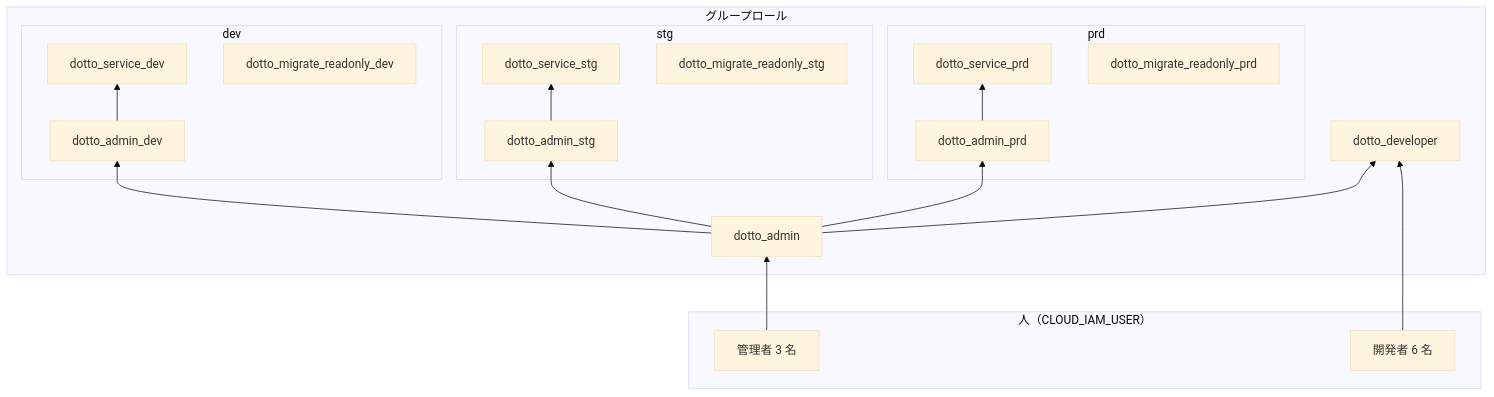
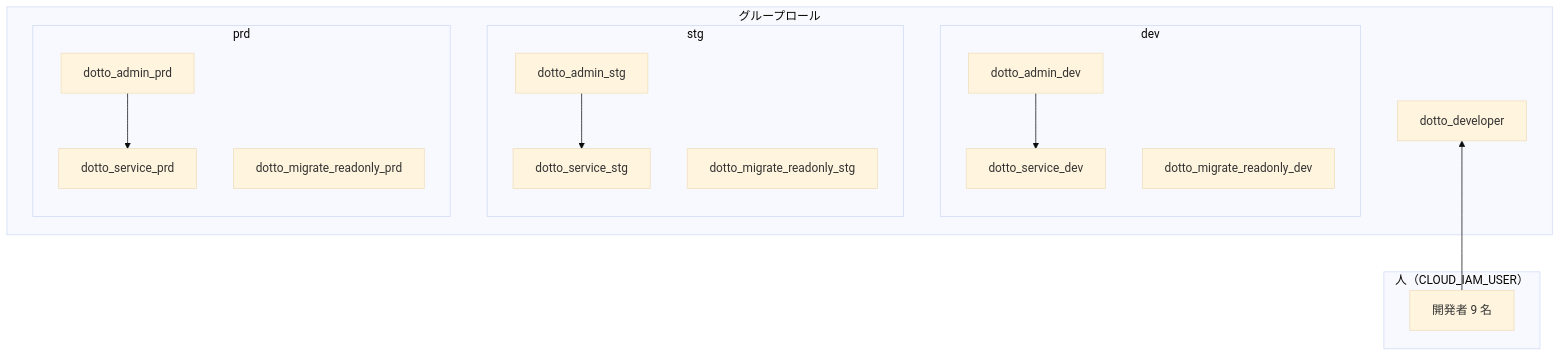
One commit to fun-dotto/infra changed the first of 2 diagrams in docs/postgresql_roles.md. Above: the diagram before and after it, drawn with Mermaid (base theme). The commit also changed other lines of this file and 3 other files, not shown here.

First line of the commit message:
PostgreSQL の dotto_admin ロールを廃止する (#107)

````diff
--- a/docs/postgresql_roles.md
+++ b/docs/postgresql_roles.md
@@ -41,40 +40,32 @@
 ```mermaid
 flowchart BT
     subgraph human["人（CLOUD_IAM_USER）"]
-        admins["管理者 3 名"]
-        devs["開発者 6 名"]
+        devs["開発者 9 名"]
     end
 
     subgraph groups["グループロール"]
-        dotto_admin
         dotto_developer
 
         subgraph dev["dev"]
             admin_dev[dotto_admin_dev]
             service_dev[dotto_service_dev]
             readonly_dev[dotto_migrate_readonly_dev]
         end
         subgraph stg["stg"]
             admin_stg[dotto_admin_stg]
             service_stg[dotto_service_stg]
             readonly_stg[dotto_migrate_readonly_stg]
         end
         subgraph prd["prd"]
             admin_prd[dotto_admin_prd]
             service_prd[dotto_service_prd]
             readonly_prd[dotto_migrate_readonly_prd]
         end
     end
 
-    admins --> dotto_admin
     devs --> dotto_developer
-
-    dotto_admin --> admin_dev
-    dotto_admin --> admin_stg
-    dotto_admin --> admin_prd
-    dotto_admin --> dotto_developer
 
     admin_dev --> service_dev
     admin_stg --> service_stg
     admin_prd --> service_prd
 ```
````
